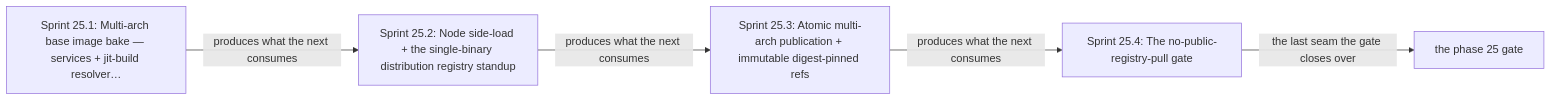
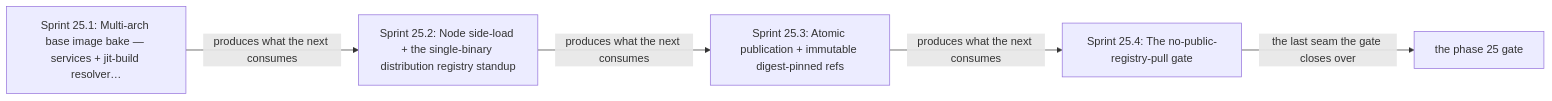
The second of 2 diagrams in DEVELOPMENT_PLAN/phase_25_base_image_registry.md (Tuee22/amoebius), drawn with Mermaid before and after one commit. The commit also changed other lines of this file and 179 other files, not shown here.

````diff
--- a/DEVELOPMENT_PLAN/phase_25_base_image_registry.md
+++ b/DEVELOPMENT_PLAN/phase_25_base_image_registry.md
@@ -516,13 +519,13 @@
 ```mermaid
 flowchart LR
   %% register: orientation
   s0["Sprint 25.1: Multi-arch base image bake — services + jit-build resolver…"]
   s1["Sprint 25.2: Node side-load + the single-binary distribution registry standup"]
-  s2["Sprint 25.3: Atomic multi-arch publication + immutable digest-pinned refs"]
+  s2["Sprint 25.3: Atomic publication + immutable digest-pinned refs"]
   s3["Sprint 25.4: The no-public-registry-pull gate"]
   gate["the phase 25 gate"]
   s0 -->|"produces what the next consumes"| s1
   s1 -->|"produces what the next consumes"| s2
   s2 -->|"produces what the next consumes"| s3
   s3 -->|"the last seam the gate closes over"| gate
 ```
````
